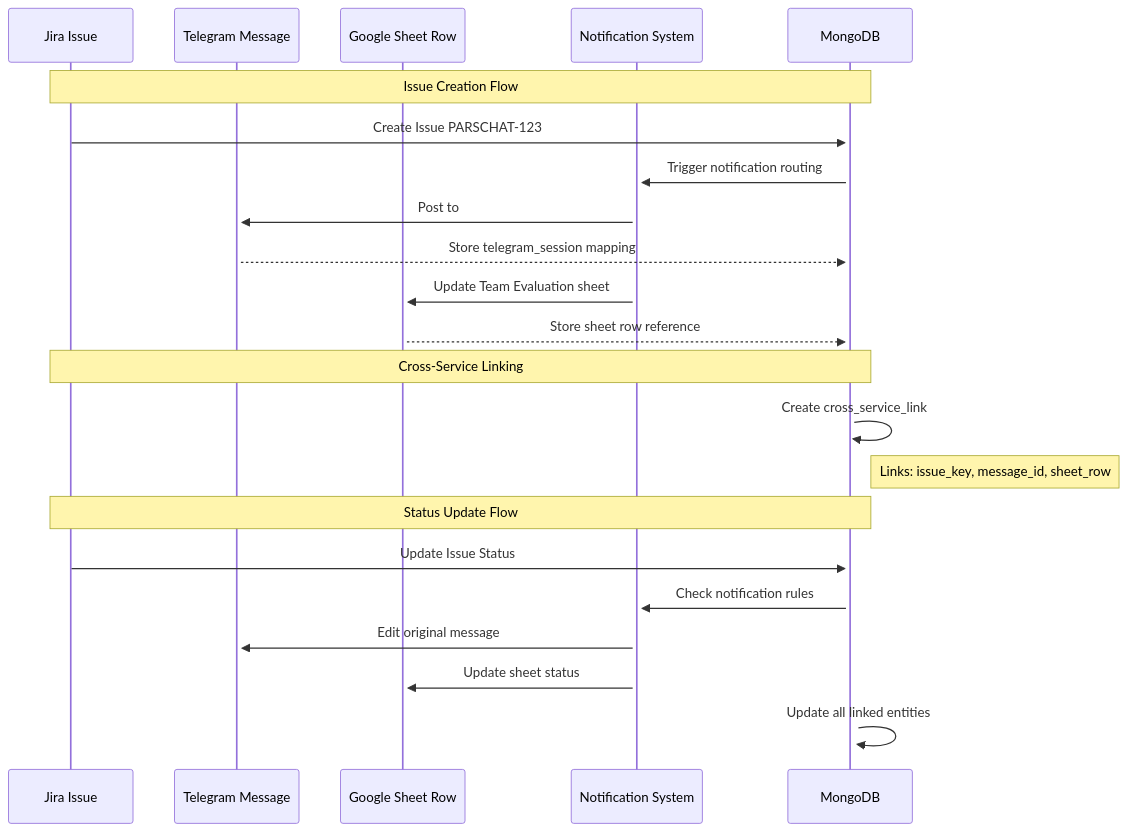
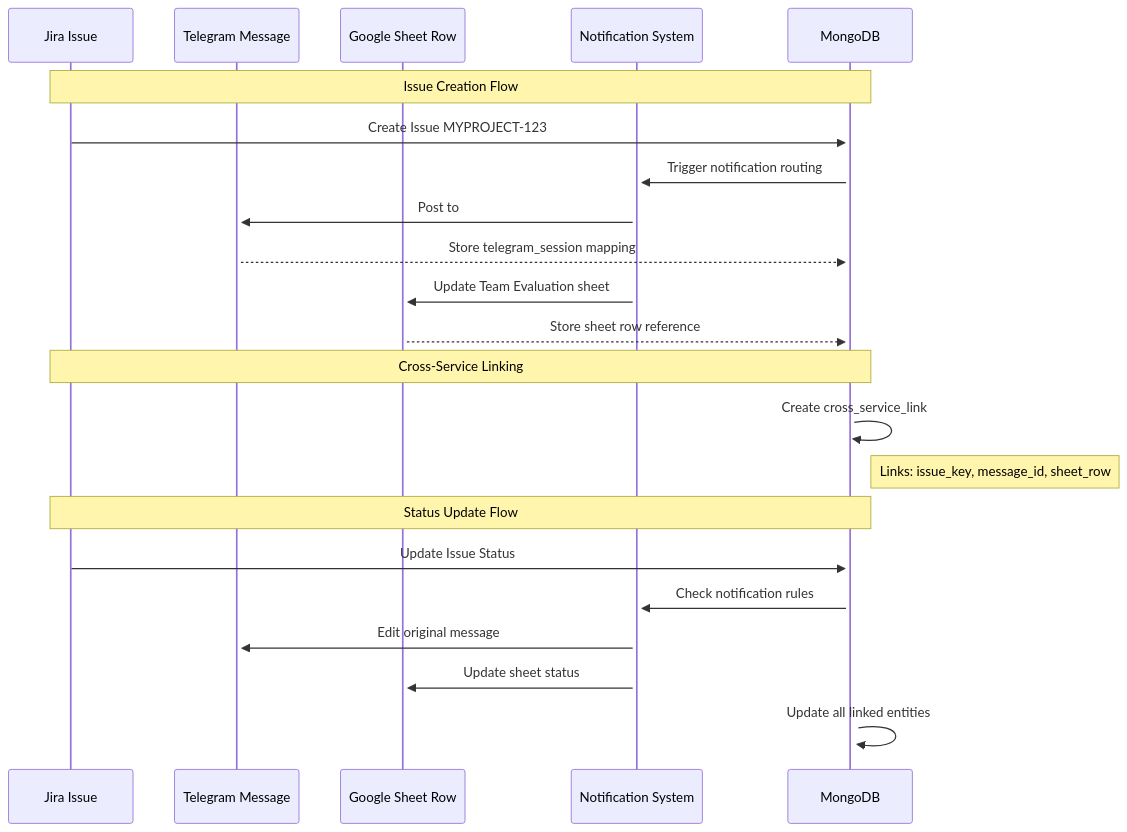
The sixth of 9 diagrams in docs/infrastructure/mongodb/mongodb-database-ecosystem.md (alikaz3mi/jira-telegram-bot), drawn with Mermaid before and after one commit. The commit also changed other lines of this file and 80 other files, not shown here.

````diff
--- a/docs/infrastructure/mongodb/mongodb-database-ecosystem.md
+++ b/docs/infrastructure/mongodb/mongodb-database-ecosystem.md
@@ -360,27 +360,27 @@
 ```mermaid
 sequenceDiagram
     participant J as Jira Issue
     participant T as Telegram Message
     participant G as Google Sheet Row
     participant N as Notification System
     participant DB as MongoDB
 
     Note over J,DB: Issue Creation Flow
-    J->>+DB: Create Issue PARSCHAT-123
+    J->>+DB: Create Issue MYPROJECT-123
     DB->>+N: Trigger notification routing
-    N->>+T: Post to #parschat-updates channel
+    N->>+T: Post to #myproject-updates channel
     T-->>DB: Store telegram_session mapping
     N->>+G: Update Team Evaluation sheet
     G-->>DB: Store sheet row reference
 
     Note over J,DB: Cross-Service Linking
     DB->>DB: Create cross_service_link
     Note right of DB: Links: issue_key, message_id, sheet_row
 
     Note over J,DB: Status Update Flow
     J->>+DB: Update Issue Status
     DB->>+N: Check notification rules
     N->>T: Edit original message
     N->>G: Update sheet status
     DB->>DB: Update all linked entities
 ```
````
